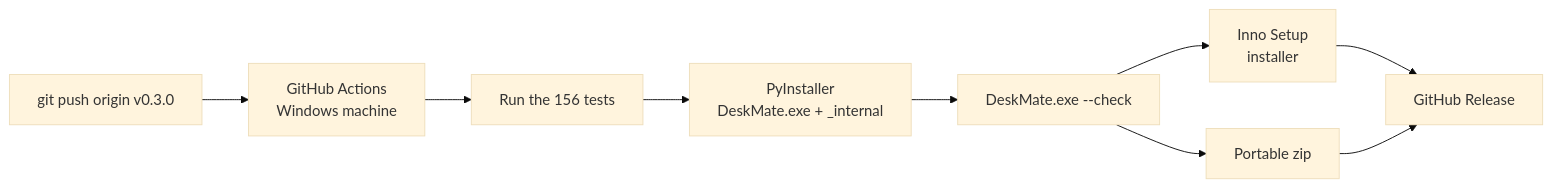
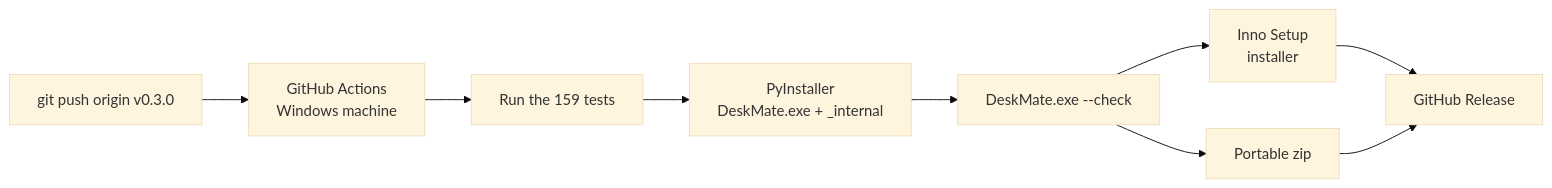
Before and after one commit to MuizKmz/deskmate: the third of 3 diagrams in TUTORIAL.md, drawn with Mermaid (base theme). The commit also changed other lines of this file and 9 other files, not shown here.

````diff
--- a/TUTORIAL.md
+++ b/TUTORIAL.md
@@ -559,11 +563,11 @@
 ```mermaid
 flowchart LR
     T["git push origin v0.3.0"] --> GA[GitHub Actions<br/>Windows machine]
-    GA --> TS[Run the 156 tests]
+    GA --> TS[Run the 159 tests]
     TS --> PI["PyInstaller<br/>DeskMate.exe + _internal"]
     PI --> CK["DeskMate.exe --check"]
     CK --> IS[Inno Setup<br/>installer]
     CK --> ZIP[Portable zip]
     IS --> R[GitHub Release]
     ZIP --> R
 ```
````
